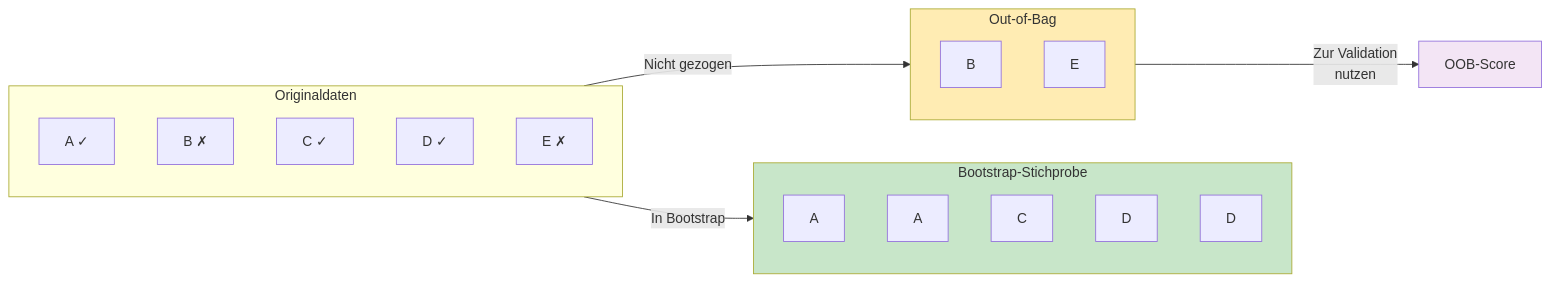
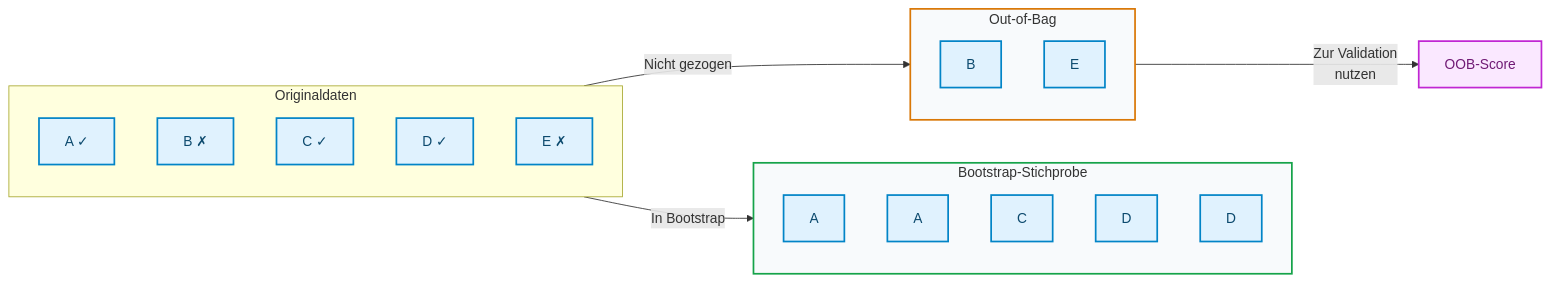
One commit to ralf-42/ML_Intro changed the fifth of 7 diagrams in docs/concepts/evaluate/bootstrapping.md. Above: the diagram before and after it, drawn with Mermaid. The commit also changed other lines of this file and 67 other files, not shown here.

````diff
--- a/docs/concepts/evaluate/bootstrapping.md
+++ b/docs/concepts/evaluate/bootstrapping.md
@@ -410,31 +409,33 @@
 ```mermaid
 flowchart LR
     subgraph bootstrap["Bootstrap-Stichprobe"]
         B1["A"]
         B2["A"]
         B3["C"]
         B4["D"]
         B5["D"]
     end
     
     subgraph original["Originaldaten"]
         O1["A ✓"]
         O2["B ✗"]
         O3["C ✓"]
         O4["D ✓"]
         O5["E ✗"]
     end
     
     subgraph oob["Out-of-Bag"]
         OOB1["B"]
         OOB2["E"]
     end
     
     original --> |"In Bootstrap"| bootstrap
     original --> |"Nicht gezogen"| oob
     oob --> |"Zur Validation<br/>nutzen"| V["OOB-Score"]
-    
-    style bootstrap fill:#c8e6c9
-    style oob fill:#ffecb3
-    style V fill:#f3e5f5
+
+    classDef default fill:#e0f2fe,stroke:#0284c7,stroke-width:2px,color:#0c4a6e;
+    classDef target fill:#fae8ff,stroke:#c026d3,stroke-width:2px,color:#701a75;
+    class V target;
+    style bootstrap fill:#f8fafc,stroke:#16a34a,stroke-width:2px
+    style oob fill:#f8fafc,stroke:#d97706,stroke-width:2px
 ```
````
